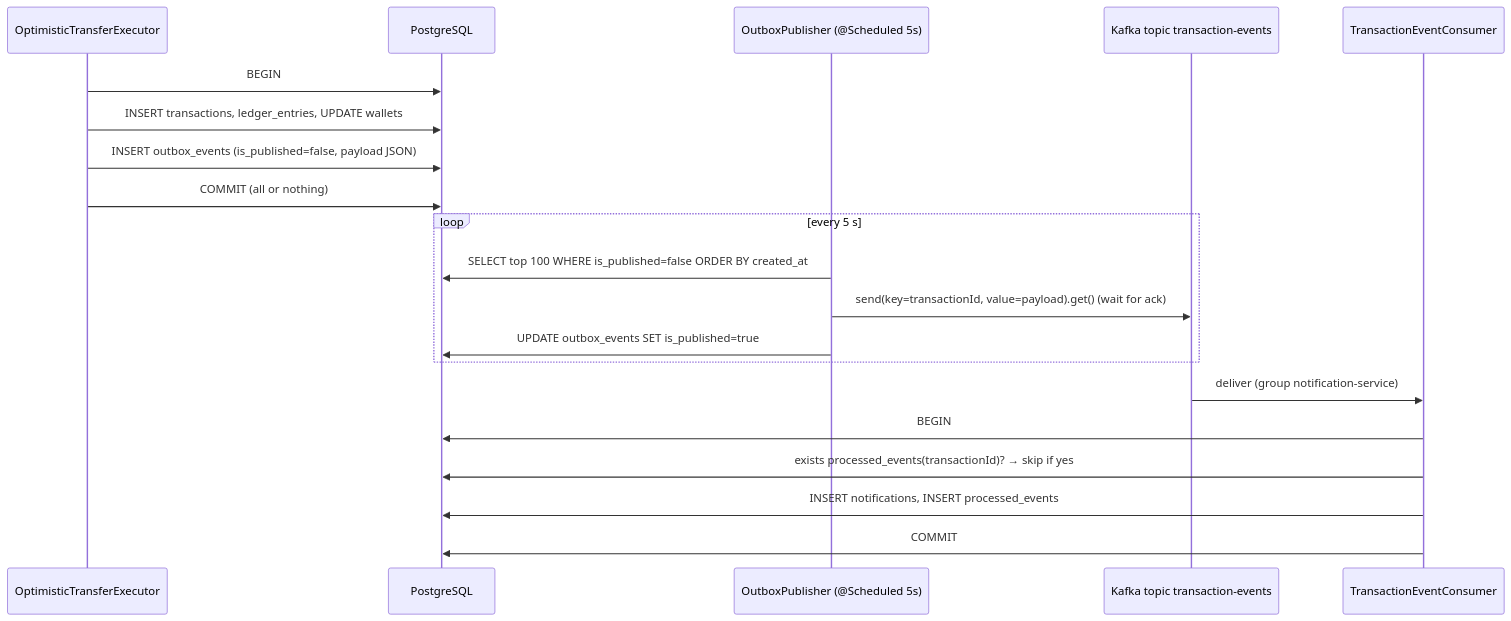
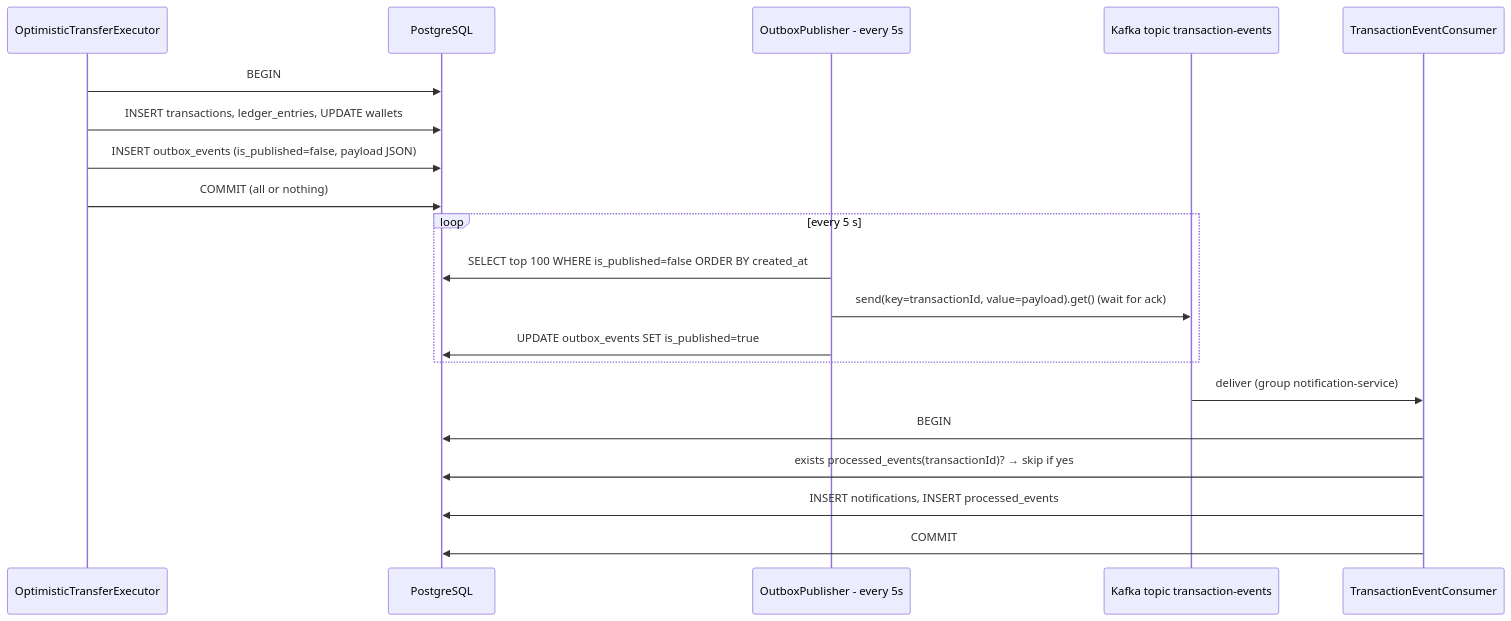
Before and after one commit to bachuruchitha/Payflow: the diagram in docs/12-events-outbox-kafka.md, drawn with Mermaid. The commit also changed other lines of this file and 4 other files, not shown here.

````diff
--- a/docs/12-events-outbox-kafka.md
+++ b/docs/12-events-outbox-kafka.md
@@ -30,25 +30,25 @@
 ```mermaid
 sequenceDiagram
     participant EX as OptimisticTransferExecutor
     participant DB as PostgreSQL
-    participant PUB as OutboxPublisher (@Scheduled 5s)
+    participant PUB as OutboxPublisher - every 5s
     participant K as Kafka topic transaction-events
     participant CON as TransactionEventConsumer
 
     EX->>DB: BEGIN
     EX->>DB: INSERT transactions, ledger_entries, UPDATE wallets
     EX->>DB: INSERT outbox_events (is_published=false, payload JSON)
     EX->>DB: COMMIT  (all or nothing)
 
     loop every 5 s
         PUB->>DB: SELECT top 100 WHERE is_published=false ORDER BY created_at
         PUB->>K: send(key=transactionId, value=payload).get()  (wait for ack)
         PUB->>DB: UPDATE outbox_events SET is_published=true
     end
 
     K->>CON: deliver (group notification-service)
     CON->>DB: BEGIN
     CON->>DB: exists processed_events(transactionId)?  → skip if yes
     CON->>DB: INSERT notifications, INSERT processed_events
     CON->>DB: COMMIT
 ```
````
